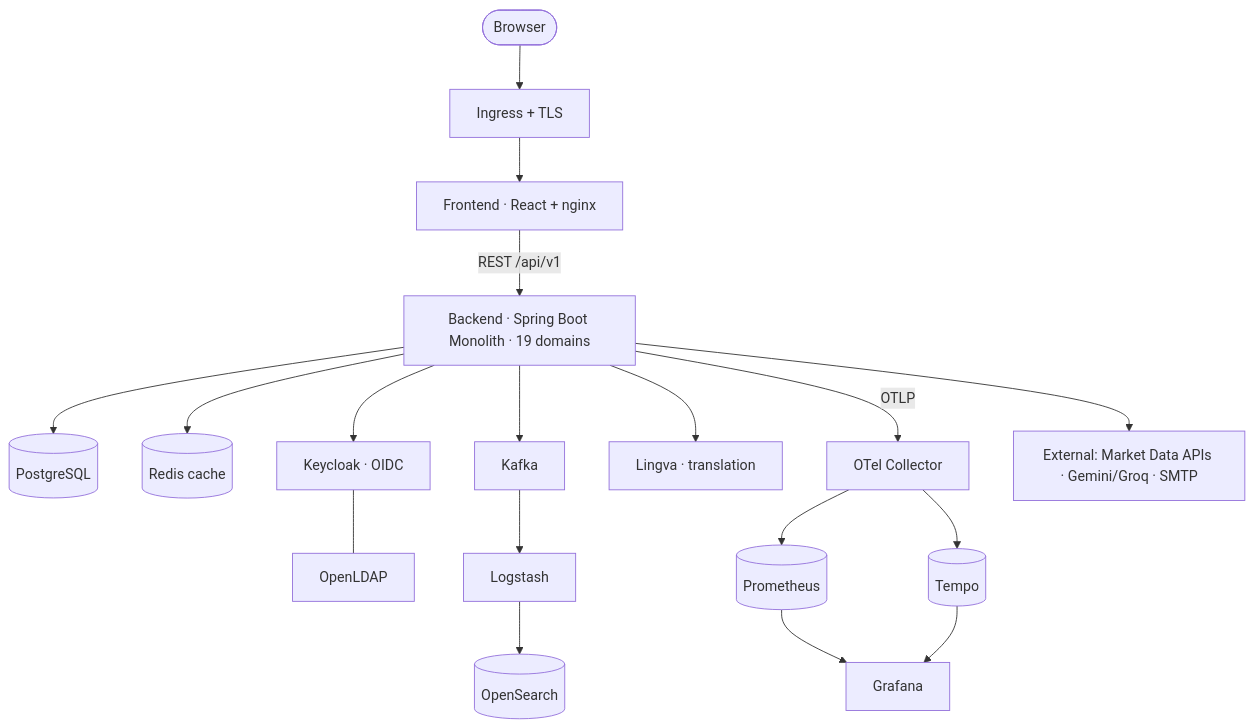
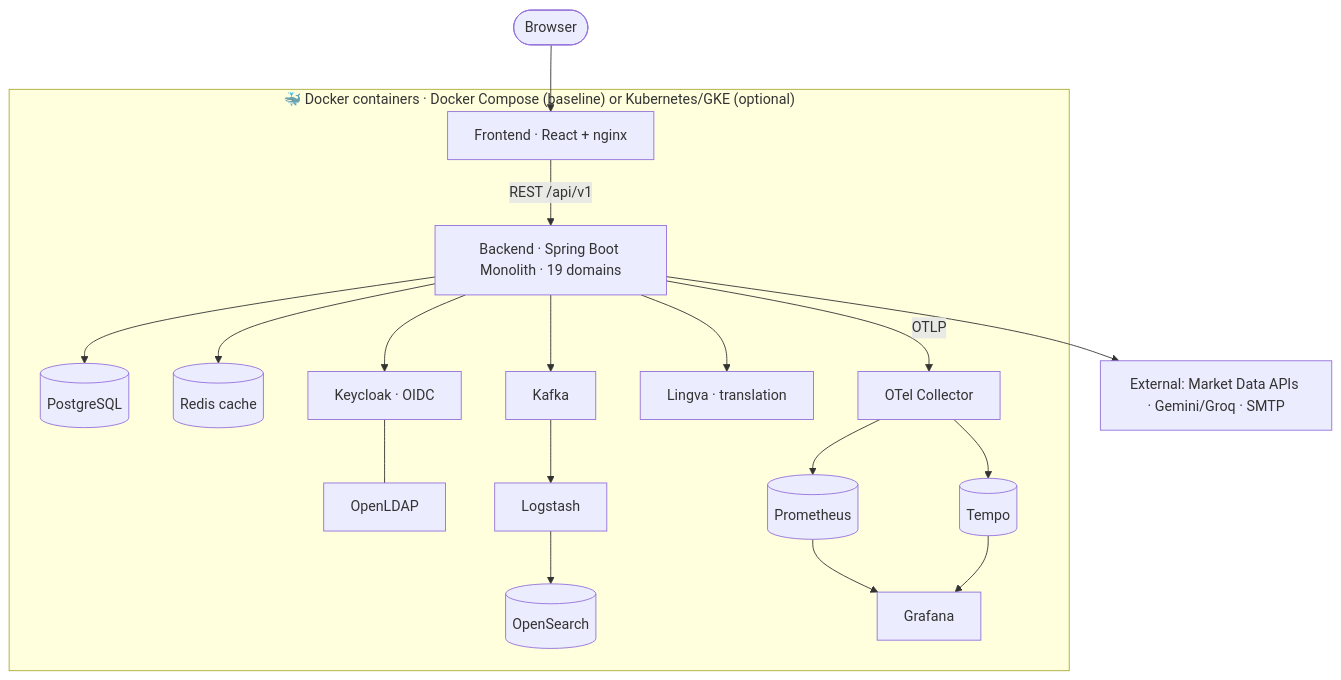
One commit to trkbyzc/32bit_finance_portal changed the diagram in README.md. Above: the diagram before and after it, drawn with Mermaid. The commit also changed other lines of this file, not shown here.

Commit message:
docs(readme): reframe architecture diagram as Docker-first (Compose baseline, K8s/GKE optional)

````diff
--- a/README.md
+++ b/README.md
@@ -98,16 +98,31 @@
 ```mermaid
 graph TB
-    B([Browser]) --> IG[Ingress + TLS]
-    IG --> FE[Frontend · React + nginx]
-    FE -->|REST /api/v1| BE[Backend · Spring Boot Monolith · 19 domains]
-    BE --> PG[(PostgreSQL)]
-    BE --> RD[(Redis cache)]
-    BE --> KC[Keycloak · OIDC]
-    KC --- LD[OpenLDAP]
-    BE --> KF[Kafka] --> LS[Logstash] --> OS[(OpenSearch)]
-    BE --> LV[Lingva · translation]
-    BE -->|OTLP| OC[OTel Collector] --> TP[(Tempo)]
-    OC --> PR[(Prometheus)] --> GF[Grafana]
+    B([Browser]) --> FE
+    subgraph DOCKER["🐳 Docker containers · Docker Compose (baseline) or Kubernetes/GKE (optional)"]
+        FE[Frontend · React + nginx]
+        BE[Backend · Spring Boot Monolith · 19 domains]
+        PG[(PostgreSQL)]
+        RD[(Redis cache)]
+        KC[Keycloak · OIDC]
+        LD[OpenLDAP]
+        KF[Kafka]
+        LS[Logstash]
+        OS[(OpenSearch)]
+        LV[Lingva · translation]
+        OC[OTel Collector]
+        TP[(Tempo)]
+        PR[(Prometheus)]
+        GF[Grafana]
+    end
+    FE -->|REST /api/v1| BE
+    BE --> PG
+    BE --> RD
+    BE --> KC
+    KC --- LD
+    BE --> KF --> LS --> OS
+    BE --> LV
+    BE -->|OTLP| OC --> TP
+    OC --> PR --> GF
     TP --> GF
     BE --> EXT[External: Market Data APIs · Gemini/Groq · SMTP]
 ```
````
